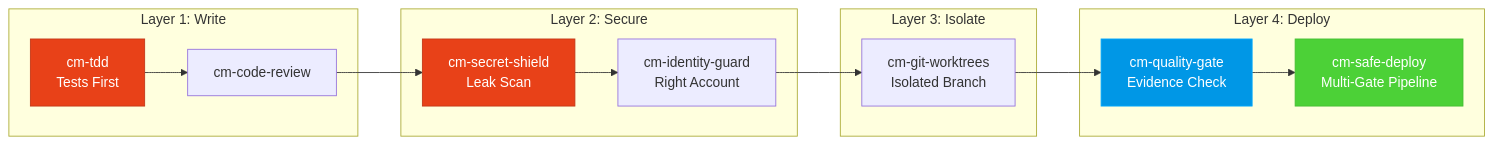
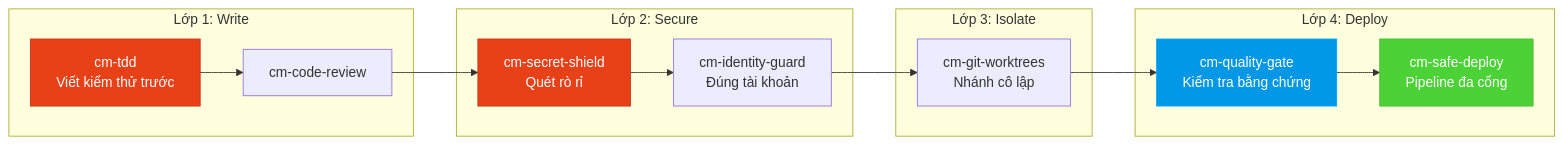
The third of 3 diagrams in README-vi.md (tody-agent/codymaster), drawn with Mermaid before and after one commit. The commit also changed other lines of this file and 57 other files, not shown here.

````diff
--- a/README-vi.md
+++ b/README-vi.md
@@ -109,19 +109,19 @@
 ```mermaid
 flowchart LR
-    subgraph "Layer 1: Write"
-        A["cm-tdd<br/>Tests First"] --> B["cm-code-review"]
+    subgraph "Lớp 1: Write"
+        A["cm-tdd<br/>Viết kiểm thử trước"] --> B["cm-code-review"]
     end
-    subgraph "Layer 2: Secure"
-        B --> C["cm-secret-shield<br/>Leak Scan"] --> D["cm-identity-guard<br/>Right Account"]
+    subgraph "Lớp 2: Secure"
+        B --> C["cm-secret-shield<br/>Quét rò rỉ"] --> D["cm-identity-guard<br/>Đúng tài khoản"]
     end
-    subgraph "Layer 3: Isolate"
-        D --> E["cm-git-worktrees<br/>Isolated Branch"]
+    subgraph "Lớp 3: Isolate"
+        D --> E["cm-git-worktrees<br/>Nhánh cô lập"]
     end
-    subgraph "Layer 4: Deploy"
-        E --> F["cm-quality-gate<br/>Evidence Check"] --> G["cm-safe-deploy<br/>Multi-Gate Pipeline"]
+    subgraph "Lớp 4: Deploy"
+        E --> F["cm-quality-gate<br/>Kiểm tra bằng chứng"] --> G["cm-safe-deploy<br/>Pipeline đa cổng"]
     end
     style A fill:#e84118,stroke:#c23616,color:#fff
     style C fill:#e84118,stroke:#c23616,color:#fff
     style F fill:#0097e6,stroke:#00a8ff,color:#fff
     style G fill:#4cd137,stroke:#44bd32,color:#fff
 ```
````
